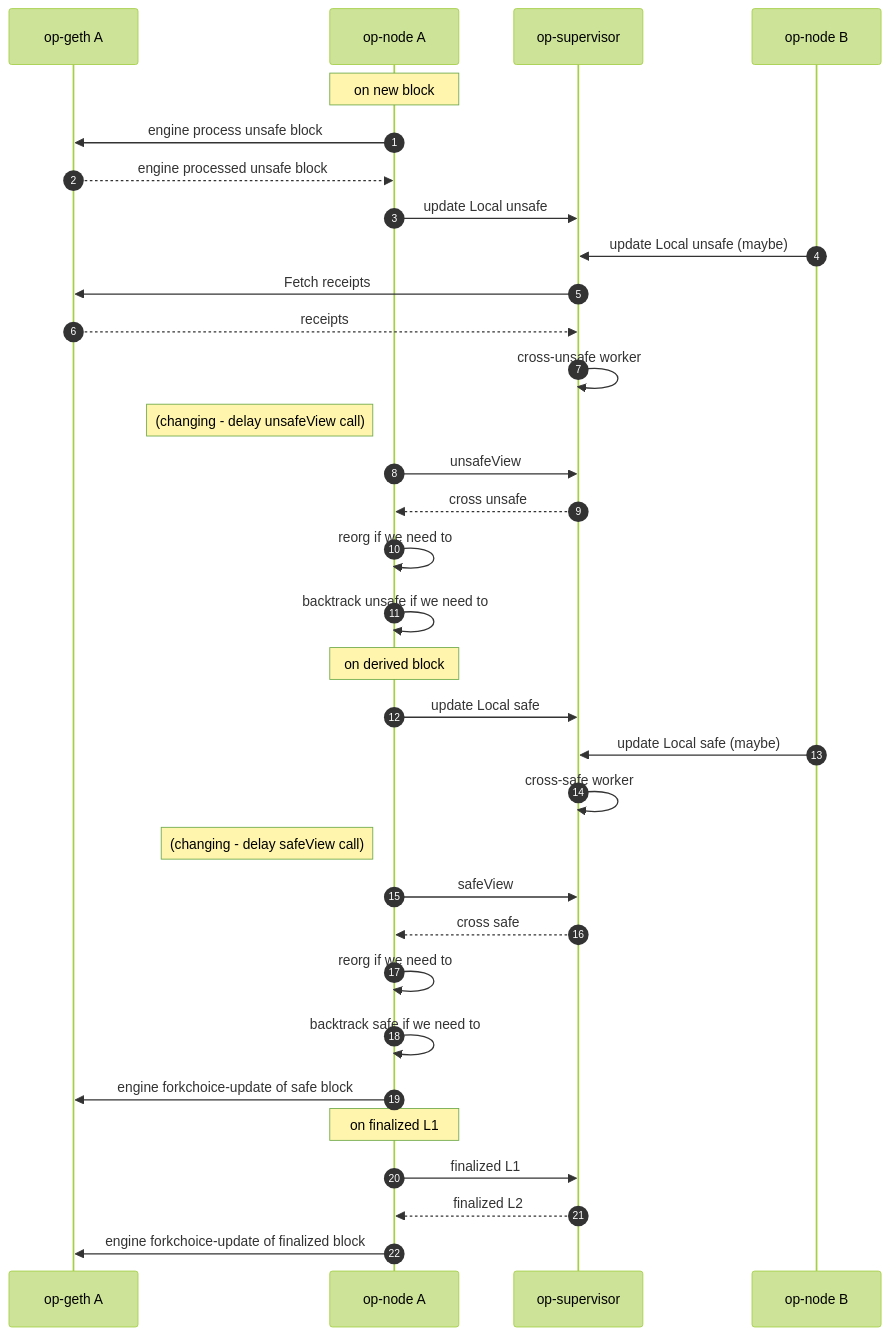
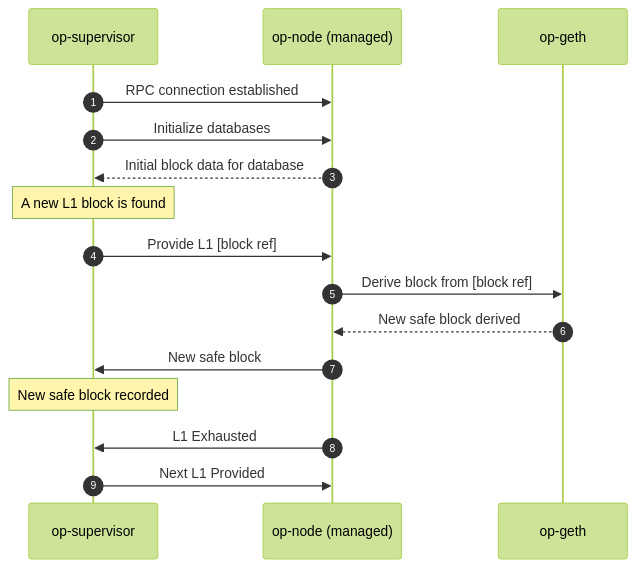
One commit to KellyHarte/locksmith-lab changed the second of 4 diagrams in op-supervisor/README.md. Above: the diagram before and after it, drawn with Mermaid (forest theme). The commit also changed other lines of this file, not shown here.

Commit message:
update supervisor readme for Managed Mode (#13623)

````diff
--- a/op-supervisor/README.md
+++ b/op-supervisor/README.md
@@ -108,50 +141,24 @@
 ```mermaid
 sequenceDiagram
 autonumber
 
-participant opgethA as op-geth A
-participant opnodeA as op-node A
-participant opsup as op-supervisor
-participant opnodeB as op-node B
+participant super as op-supervisor
+participant node as op-node (managed)
+participant geth as op-geth
 
-Note over opnodeA: on new block
+super ->> node: RPC connection established
+super ->> node: Initialize databases
+node -->> super: Initial block data for database
 
-opnodeA ->> opgethA: engine process unsafe block
-opgethA -->> opnodeA: engine processed unsafe block
-opnodeA ->> opsup: update Local unsafe
-opnodeB ->> opsup: update Local unsafe (maybe)
-opsup ->> opgethA: Fetch receipts
-opgethA -->> opsup: receipts
+Note over super: A new L1 block is found
 
-opsup ->> opsup: cross-unsafe worker
+super ->> node: Provide L1 [block ref]
+node ->> geth: Derive block from [block ref]
 
-Note left of opnodeA: (changing - delay unsafeView call)
+geth -->> node: New safe block derived
+node ->> super: New safe block
+Note over super: New safe block recorded
 
-opnodeA ->> opsup: unsafeView
-opsup -->> opnodeA: cross unsafe
-opnodeA ->> opnodeA: reorg if we need to
-opnodeA ->> opnodeA: backtrack unsafe if we need to
-
-Note over opnodeA: on derived block
-
-opnodeA ->> opsup: update Local safe
-opnodeB ->> opsup: update Local safe (maybe)
-opsup ->> opsup: cross-safe worker
-
-Note left of opnodeA: (changing - delay safeView call)
-
-opnodeA ->> opsup: safeView
-opsup -->> opnodeA: cross safe
-
-opnodeA ->> opnodeA: reorg if we need to
-opnodeA ->> opnodeA: backtrack safe if we need to
-
-opnodeA->>opgethA: engine forkchoice-update of safe block
-
-Note over opnodeA: on finalized L1
-
-opnodeA->>opsup: finalized L1
-opsup-->>opnodeA: finalized L2
-
-opnodeA->>opgethA: engine forkchoice-update of finalized block
+node ->> super: L1 Exhausted
+super ->> node: Next L1 Provided
 ```
````
